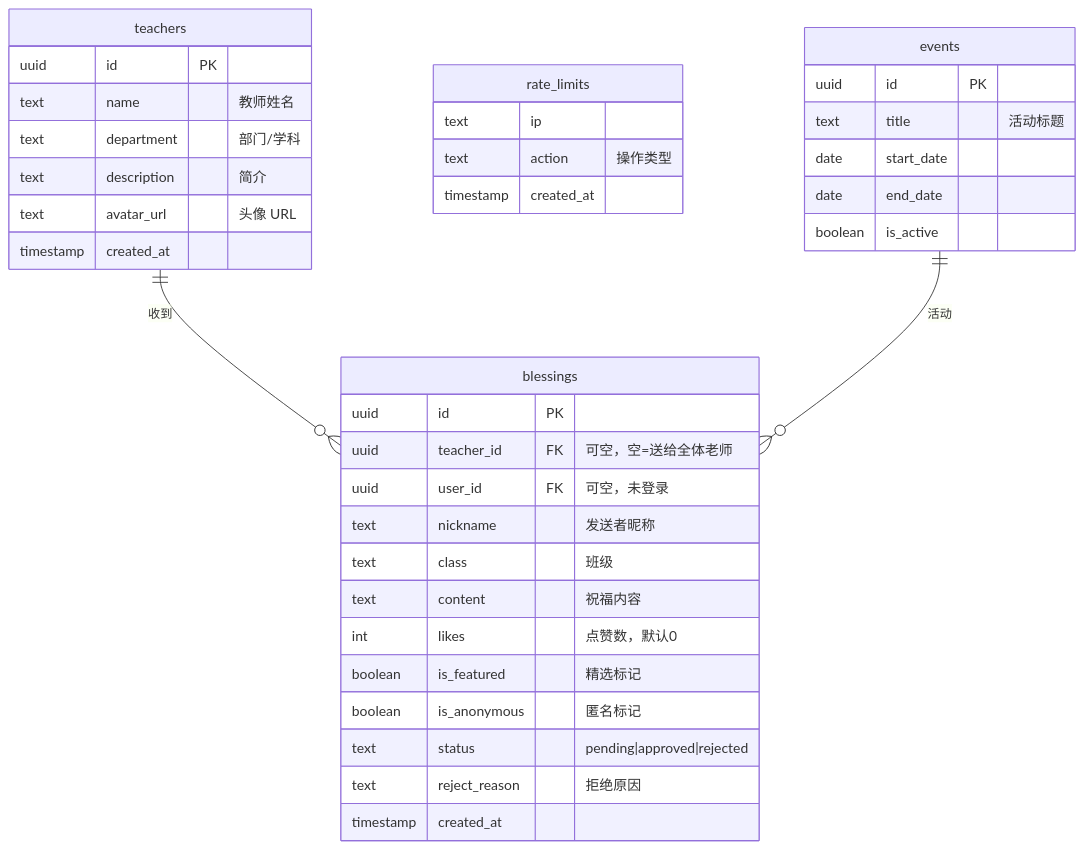
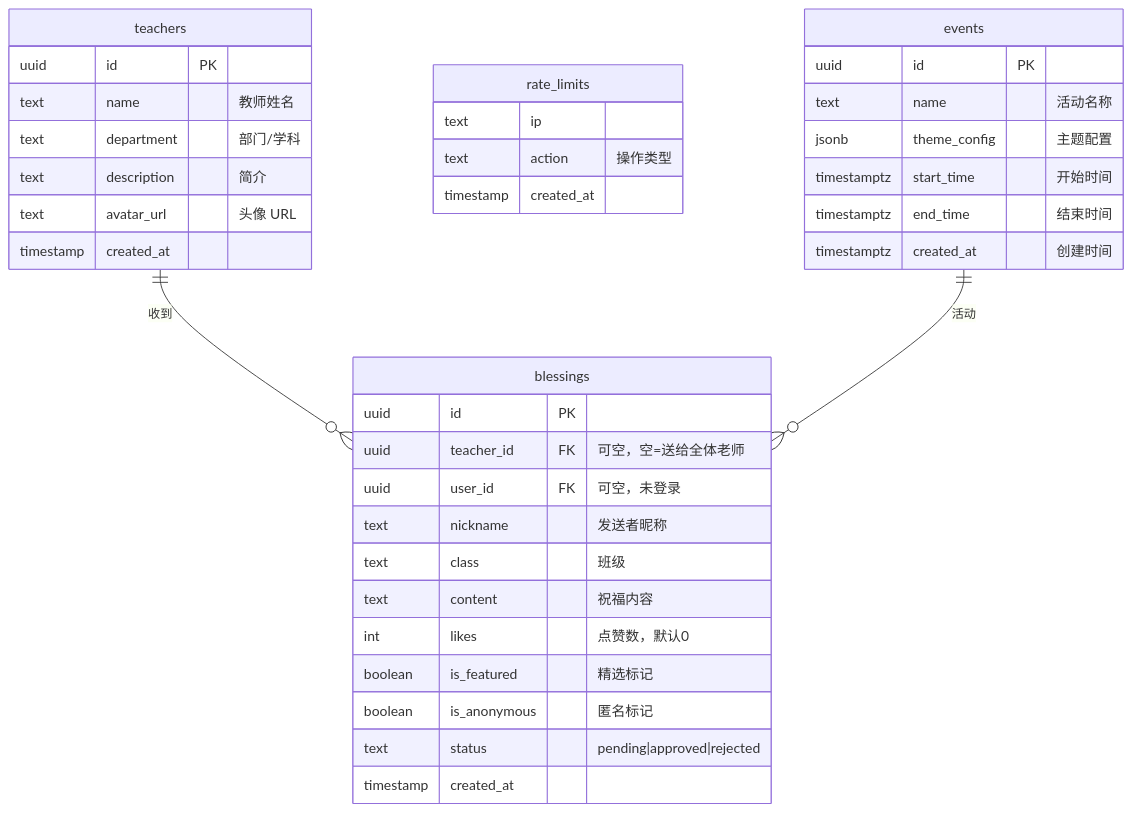
One commit to shh32010/Teacher-wishes changed the diagram in docs/TECHNICAL_DESIGN.md. Above: the diagram before and after it, drawn with Mermaid. The commit also changed other lines of this file and 6 other files, not shown here.

````diff
--- a/docs/TECHNICAL_DESIGN.md
+++ b/docs/TECHNICAL_DESIGN.md
@@ -95,43 +95,43 @@
 ```mermaid
 erDiagram
     teachers {
         uuid id PK
         text name "教师姓名"
         text department "部门/学科"
         text description "简介"
         text avatar_url "头像 URL"
         timestamp created_at
     }
 
     blessings {
         uuid id PK
         uuid teacher_id FK "可空，空=送给全体老师"
         uuid user_id FK "可空，未登录"
         text nickname "发送者昵称"
         text class "班级"
         text content "祝福内容"
         int likes "点赞数，默认0"
         boolean is_featured "精选标记"
         boolean is_anonymous "匿名标记"
         text status "pending|approved|rejected"
-        text reject_reason "拒绝原因"
         timestamp created_at
     }
 
     rate_limits {
         text ip
         text action "操作类型"
         timestamp created_at
     }
 
     events {
         uuid id PK
-        text title "活动标题"
-        date start_date
-        date end_date
-        boolean is_active
+        text name "活动名称"
+        jsonb theme_config "主题配置"
+        timestamptz start_time "开始时间"
+        timestamptz end_time "结束时间"
+        timestamptz created_at "创建时间"
     }
 
     teachers ||--o{ blessings : "收到"
     events ||--o{ blessings : "活动"
 ```
````
